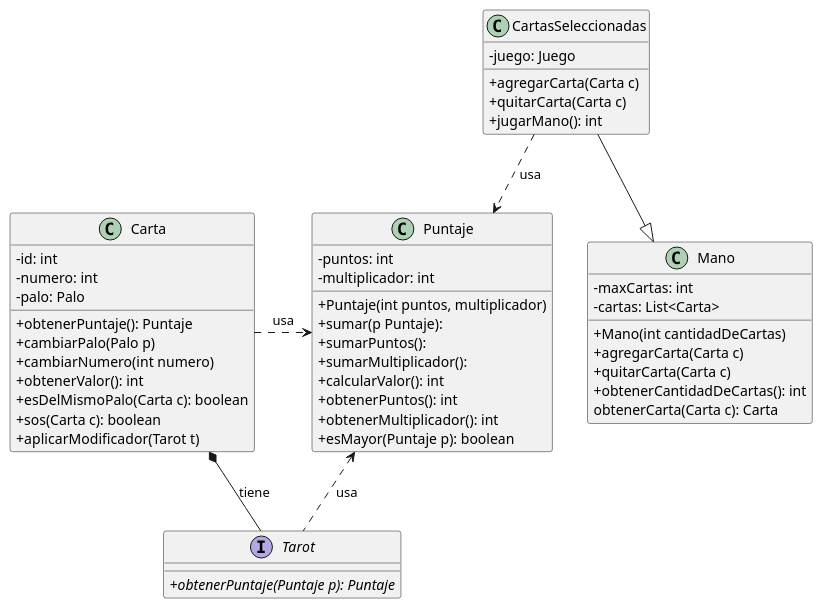
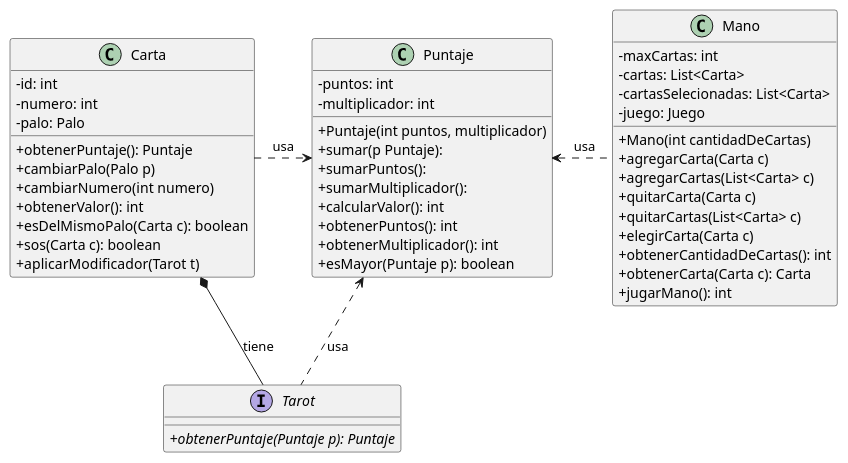
Before and after one commit to facukresta/g06-tp2-2c-2024: the diagram in diagrams/classes/puntaje.plantuml, drawn with PlantUML. The commit also changed 13 other files, not shown here.

```diff
--- a/diagrams/classes/puntaje.plantuml
+++ b/diagrams/classes/puntaje.plantuml
@@ -1,58 +1,56 @@
 @startuml Puntaje
 skinparam classAttributeIconSize 0
 class Puntaje {
 -puntos: int
 -multiplicador: int
 +Puntaje(int puntos, multiplicador)
 +sumar(p Puntaje):
 +sumarPuntos():
 +sumarMultiplicador():
 +calcularValor(): int
 +obtenerPuntos(): int
 +obtenerMultiplicador(): int
 +esMayor(Puntaje p): boolean
 }
 
 class Carta {
 -id: int
 -numero: int
 -palo: Palo
 +obtenerPuntaje(): Puntaje
 +cambiarPalo(Palo p)
 +cambiarNumero(int numero)
 +obtenerValor(): int
 +esDelMismoPalo(Carta c): boolean
 +sos(Carta c): boolean
 +aplicarModificador(Tarot t)
 }
 
 interface Tarot {
 +{abstract}obtenerPuntaje(Puntaje p): Puntaje
 }
 
 Carta *-- Tarot :tiene
 
 class Mano {
 -maxCartas: int
 -cartas: List<Carta>
+-cartasSelecionadas: List<Carta>
+-juego: Juego
 +Mano(int cantidadDeCartas)
 +agregarCarta(Carta c)
++agregarCartas(List<Carta> c)
 +quitarCarta(Carta c)
++quitarCartas(List<Carta> c)
++elegirCarta(Carta c)
 +obtenerCantidadDeCartas(): int
-obtenerCarta(Carta c): Carta
-}
-
-class CartasSeleccionadas {
--juego: Juego
-+agregarCarta(Carta c)
-+quitarCarta(Carta c)
++obtenerCarta(Carta c): Carta
 +jugarMano(): int
 }
 
-CartasSeleccionadas--|> Mano
 
-CartasSeleccionadas..> Puntaje: " usa"
+Mano .left.> Puntaje: " usa"
 Tarot .up.> Puntaje: "usa"
 Puntaje <.left. Carta: "usa"
 
 @enduml
```
